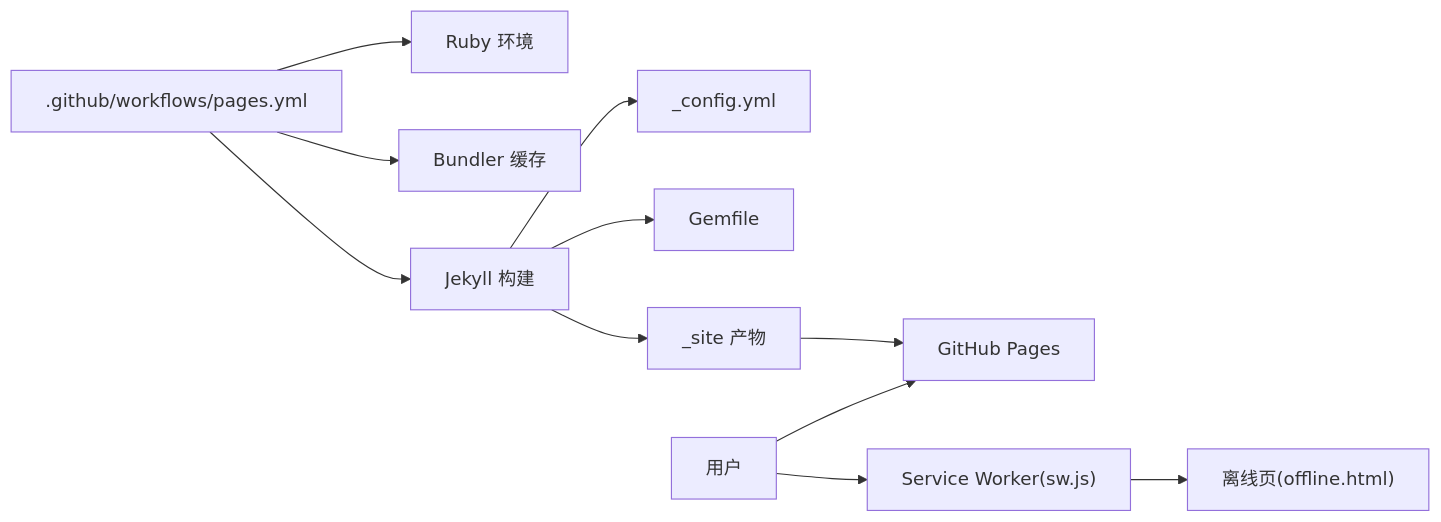
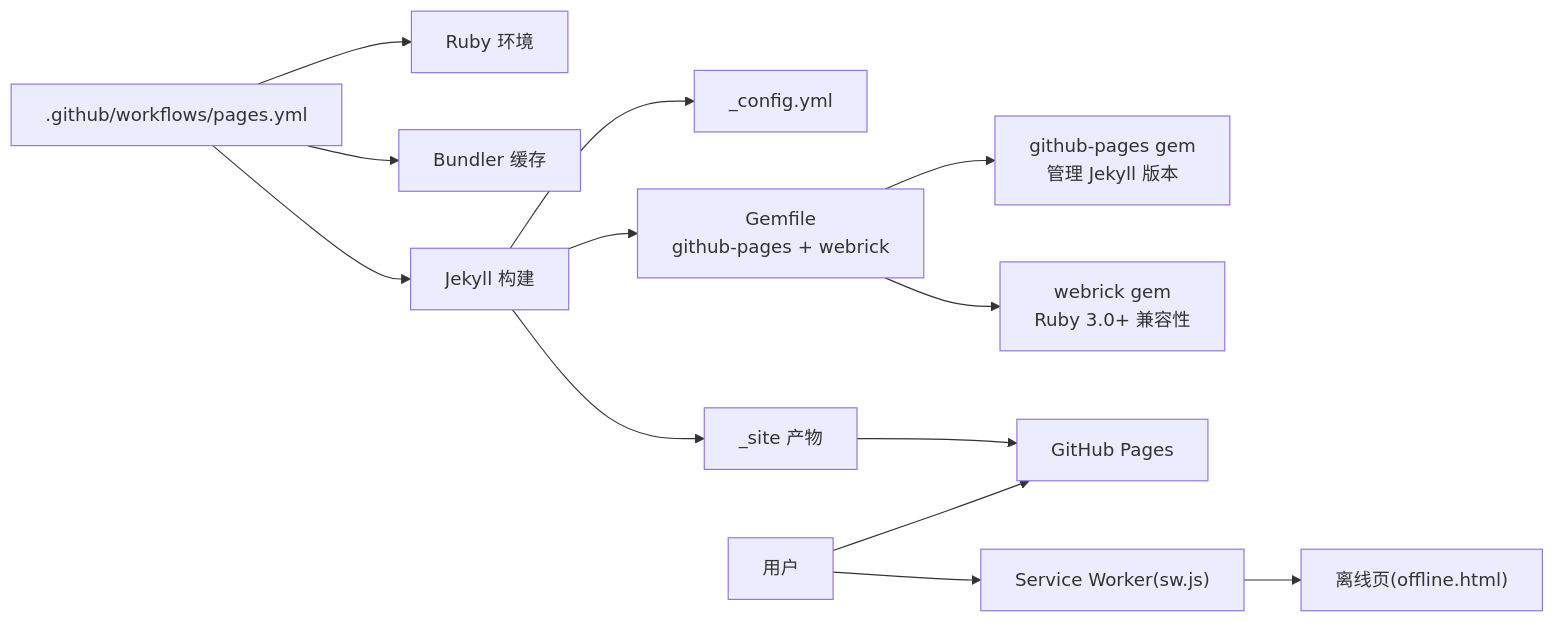
One commit to halfism/halfism.github.io changed the fourth of 4 diagrams in .qoder/repowiki/zh/content/部署与维护.md. Above: the diagram before and after it, drawn with Mermaid. The commit also changed other lines of this file and 1 other file, not shown here.

````diff
--- a/.qoder/repowiki/zh/content/部署与维护.md
+++ b/.qoder/repowiki/zh/content/部署与维护.md
@@ -208,13 +229,15 @@
 ```mermaid
 graph LR
 WF[".github/workflows/pages.yml"] --> R["Ruby 环境"]
 WF --> B["Bundler 缓存"]
 WF --> J["Jekyll 构建"]
 J --> C["_config.yml"]
-J --> G["Gemfile"]
+J --> G["Gemfile<br/>github-pages + webrick"]
+G --> GP["github-pages gem<br/>管理 Jekyll 版本"]
+G --> WB["webrick gem<br/>Ruby 3.0+ 兼容性"]
 J --> S["_site 产物"]
 S --> P["GitHub Pages"]
 U["用户"] --> P
 U --> SW["Service Worker(sw.js)"]
 SW --> O["离线页(offline.html)"]
 ```
````
